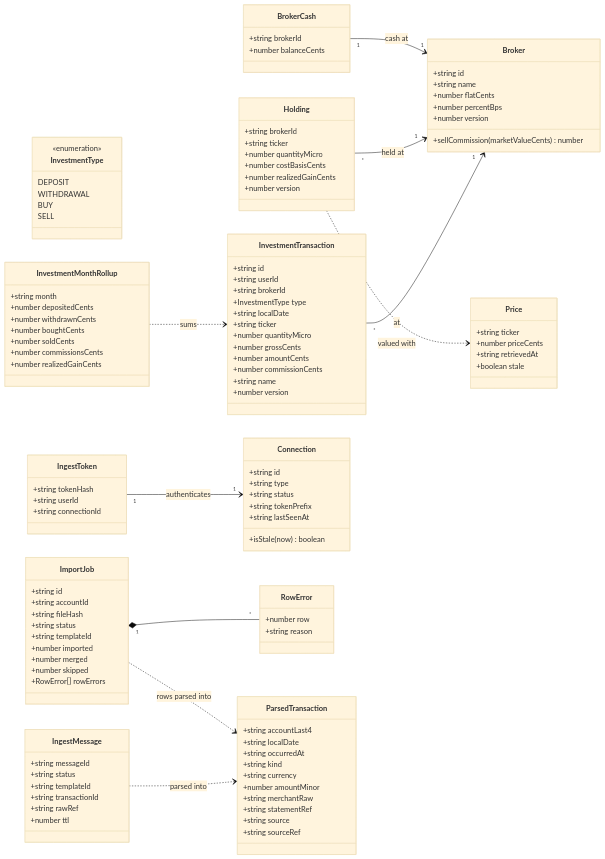
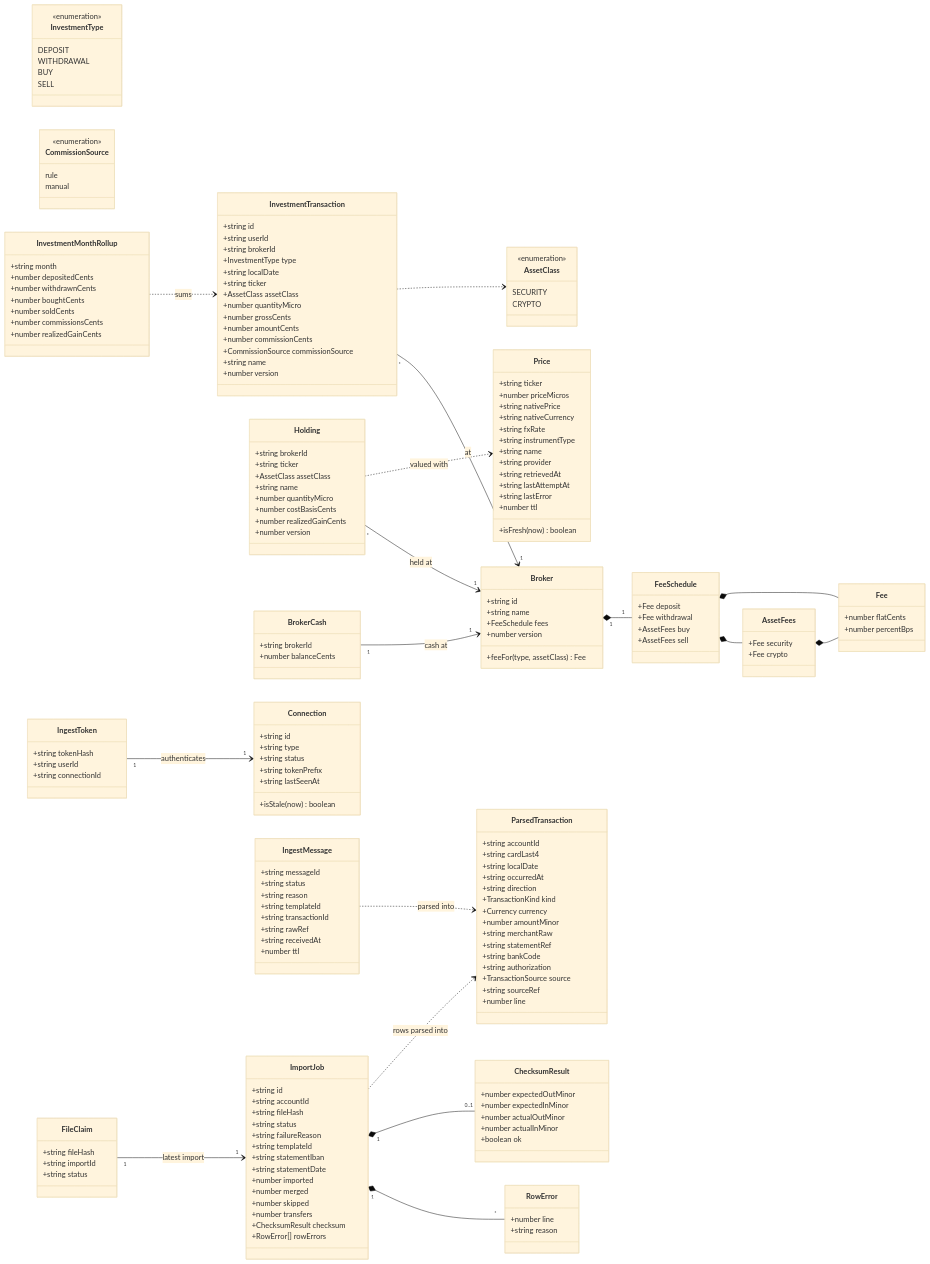
The second of 17 diagrams in docs/diagrams/class-diagram.md (Ezequiel294/cs3365-finance-app), drawn with Mermaid (base theme) before and after one commit. The commit also changed other lines of this file and 15 other files, not shown here.

Commit message:
attempt 2 diagram/architecture changes

````diff
--- a/docs/diagrams/class-diagram.md
+++ b/docs/diagrams/class-diagram.md
@@ -226,6 +273,16 @@
         BUY
         SELL
     }
+    class AssetClass {
+        <<enumeration>>
+        SECURITY
+        CRYPTO
+    }
+    class CommissionSource {
+        <<enumeration>>
+        rule
+        manual
+    }
     class InvestmentTransaction {
         +string id
         +string userId
@@ -233,24 +290,41 @@
         +InvestmentType type
         +string localDate
         +string ticker
+        +AssetClass assetClass
         +number quantityMicro
         +number grossCents
         +number amountCents
         +number commissionCents
+        +CommissionSource commissionSource
         +string name
         +number version
     }
     class Broker {
         +string id
         +string name
+        +FeeSchedule fees
+        +number version
+        +feeFor(type, assetClass) Fee
+    }
+    class FeeSchedule {
+        +Fee deposit
+        +Fee withdrawal
+        +AssetFees buy
+        +AssetFees sell
+    }
+    class AssetFees {
+        +Fee security
+        +Fee crypto
+    }
+    class Fee {
         +number flatCents
         +number percentBps
-        +number version
-        +sellCommission(marketValueCents) number
     }
     class Holding {
         +string brokerId
         +string ticker
+        +AssetClass assetClass
+        +string name
         +number quantityMicro
         +number costBasisCents
         +number realizedGainCents
@@ -271,9 +345,18 @@
     }
     class Price {
         +string ticker
-        +number priceCents
+        +number priceMicros
+        +string nativePrice
+        +string nativeCurrency
+        +string fxRate
+        +string instrumentType
+        +string name
+        +string provider
         +string retrievedAt
-        +boolean stale
+        +string lastAttemptAt
+        +string lastError
+        +number ttl
+        +isFresh(now) boolean
     }
     class Connection {
         +string id
@@ -291,45 +374,76 @@
     class IngestMessage {
         +string messageId
         +string status
+        +string reason
         +string templateId
         +string transactionId
         +string rawRef
+        +string receivedAt
         +number ttl
+    }
+    class FileClaim {
+        +string fileHash
+        +string importId
+        +string status
     }
     class ImportJob {
         +string id
         +string accountId
         +string fileHash
         +string status
+        +string failureReason
         +string templateId
+        +string statementIban
+        +string statementDate
         +number imported
         +number merged
         +number skipped
+        +number transfers
+        +ChecksumResult checksum
         +RowError[] rowErrors
     }
+    class ChecksumResult {
+        +number expectedOutMinor
+        +number expectedInMinor
+        +number actualOutMinor
+        +number actualInMinor
+        +boolean ok
+    }
     class RowError {
-        +number row
+        +number line
         +string reason
     }
     class ParsedTransaction {
-        +string accountLast4
+        +string accountId
+        +string cardLast4
         +string localDate
         +string occurredAt
-        +string kind
-        +string currency
+        +string direction
+        +TransactionKind kind
+        +Currency currency
         +number amountMinor
         +string merchantRaw
         +string statementRef
-        +string source
+        +string bankCode
+        +string authorization
+        +TransactionSource source
         +string sourceRef
+        +number line
     }
     InvestmentTransaction "*" --> "1" Broker : at
+    InvestmentTransaction ..> AssetClass
+    Broker "1" *-- "1" FeeSchedule
+    FeeSchedule *-- AssetFees
+    FeeSchedule *-- Fee
+    AssetFees *-- Fee
     Holding "*" --> "1" Broker : held at
     BrokerCash "1" --> "1" Broker : cash at
     Holding ..> Price : valued with
     InvestmentMonthRollup ..> InvestmentTransaction : sums
     IngestToken "1" --> "1" Connection : authenticates
     IngestMessage ..> ParsedTransaction : parsed into
+    FileClaim "1" --> "1" ImportJob : latest import
     ImportJob "1" *-- "*" RowError
+    ImportJob "1" *-- "0..1" ChecksumResult
     ImportJob ..> ParsedTransaction : rows parsed into
 ```
````
